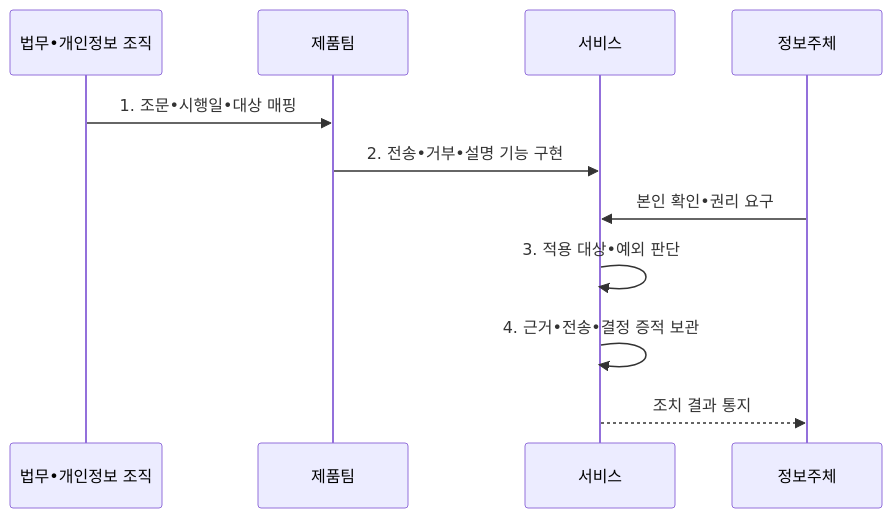
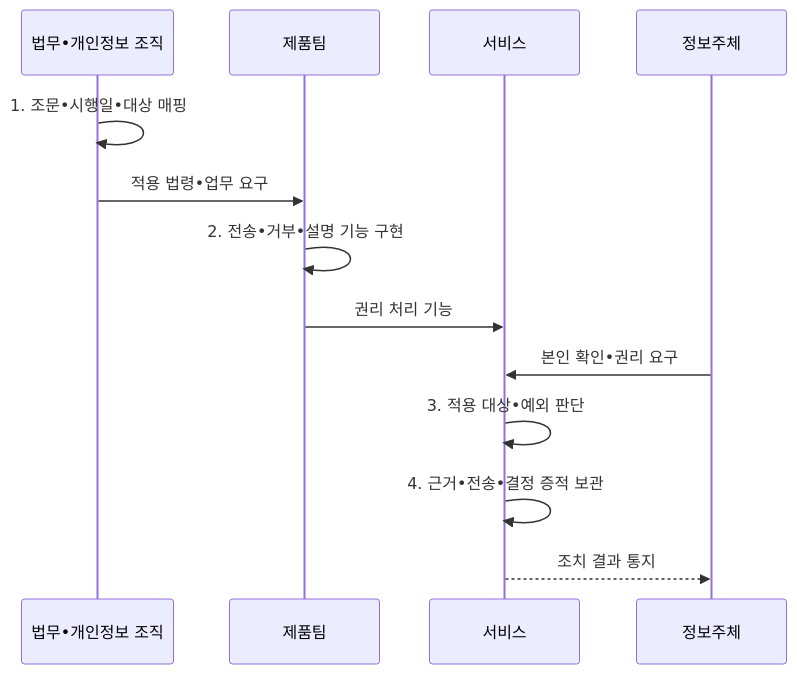
Before and after one commit to agnusdei1207/knowledge-base: the second of 2 diagrams in src/content/docs/notes/05-security/095_pipa_2023_amendment.md, drawn with Mermaid. The commit also changed other lines of this file and 14 other files, not shown here.

````diff
--- a/src/content/docs/notes/05-security/095_pipa_2023_amendment.md
+++ b/src/content/docs/notes/05-security/095_pipa_2023_amendment.md
@@ -106,13 +106,15 @@
 ```mermaid
 sequenceDiagram
     participant L as 법무•개인정보 조직
     participant P as 제품팀
     participant S as 서비스
     participant U as 정보주체
-    L->>P: 1. 조문•시행일•대상 매핑
-    P->>S: 2. 전송•거부•설명 기능 구현
+    L->>L: 1. 조문•시행일•대상 매핑
+    L->>P: 적용 법령•업무 요구
+    P->>P: 2. 전송•거부•설명 기능 구현
+    P->>S: 권리 처리 기능
     U->>S: 본인 확인•권리 요구
     S->>S: 3. 적용 대상•예외 판단
     S->>S: 4. 근거•전송•결정 증적 보관
     S-->>U: 조치 결과 통지
 ```
````
